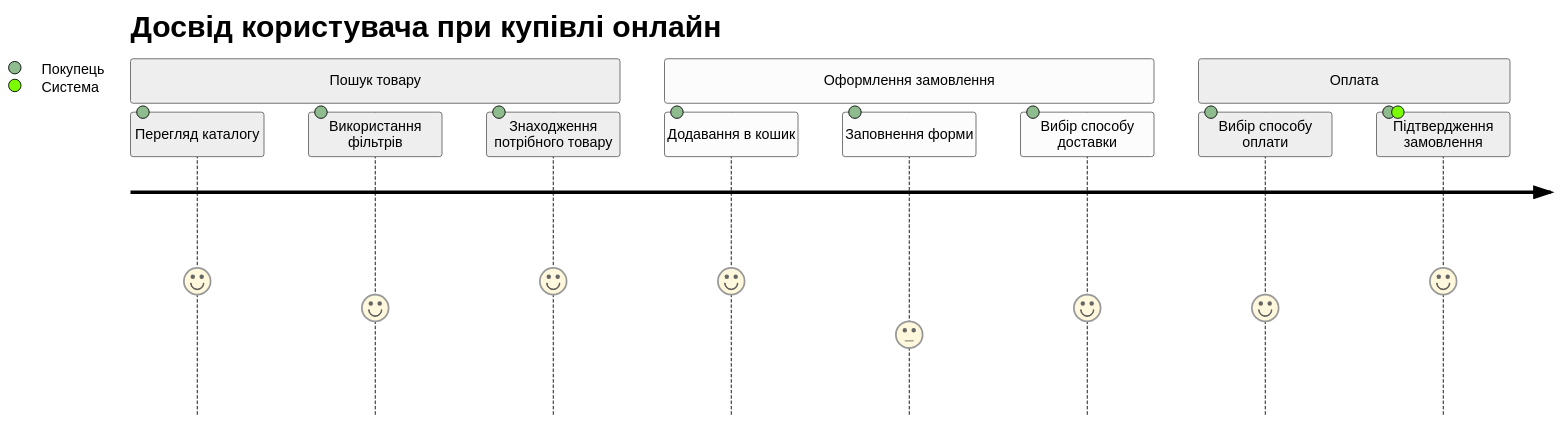
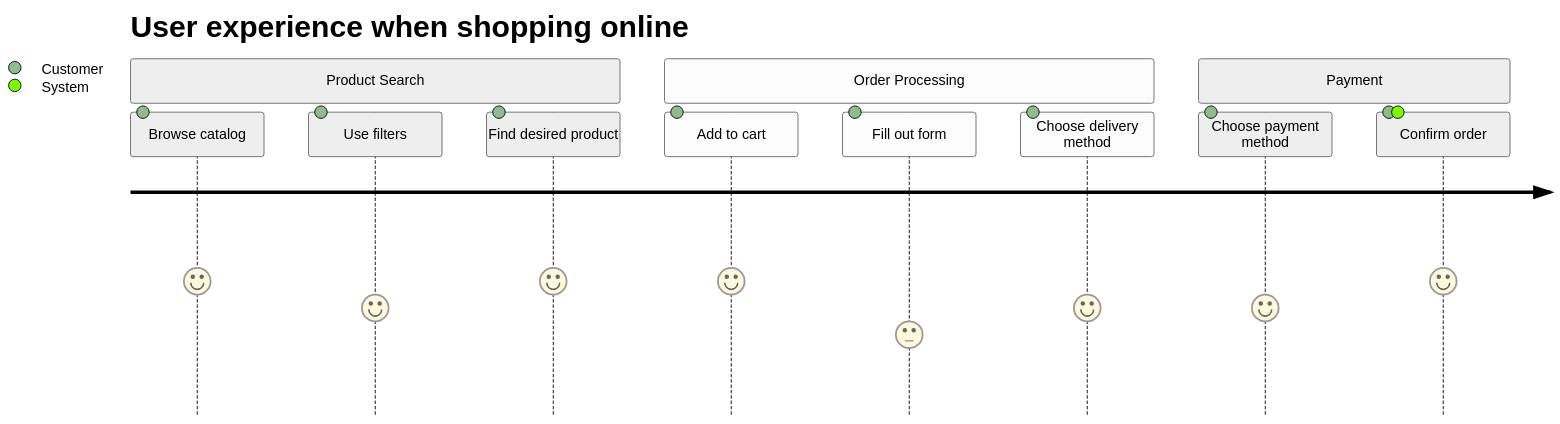
One commit to Andrupavlov/GHDoc-temp changed the seventh of 8 diagrams in Help/Mermaid.md. Above: the diagram before and after it, drawn with Mermaid (neutral theme). The commit also changed other lines of this file, not shown here.

````diff
--- a/Help/Mermaid.md
+++ b/Help/Mermaid.md
@@ -178,15 +178,15 @@
 ```mermaid
 journey
-    title Досвід користувача при купівлі онлайн
-    section Пошук товару
-      Перегляд каталогу: 5: Покупець
-      Використання фільтрів: 4: Покупець
-      Знаходження потрібного товару: 5: Покупець
-    section Оформлення замовлення
-      Додавання в кошик: 5: Покупець
-      Заповнення форми: 3: Покупець
-      Вибір способу доставки: 4: Покупець
-    section Оплата
-      Вибір способу оплати: 4: Покупець
-      Підтвердження замовлення: 5: Покупець, Система
+    title User experience when shopping online
+    section Product Search
+      Browse catalog: 5: Customer
+      Use filters: 4: Customer
+      Find desired product: 5: Customer
+    section Order Processing
+      Add to cart: 5: Customer
+      Fill out form: 3: Customer
+      Choose delivery method: 4: Customer
+    section Payment
+      Choose payment method: 4: Customer
+      Confirm order: 5: Customer, System
 ```
````
